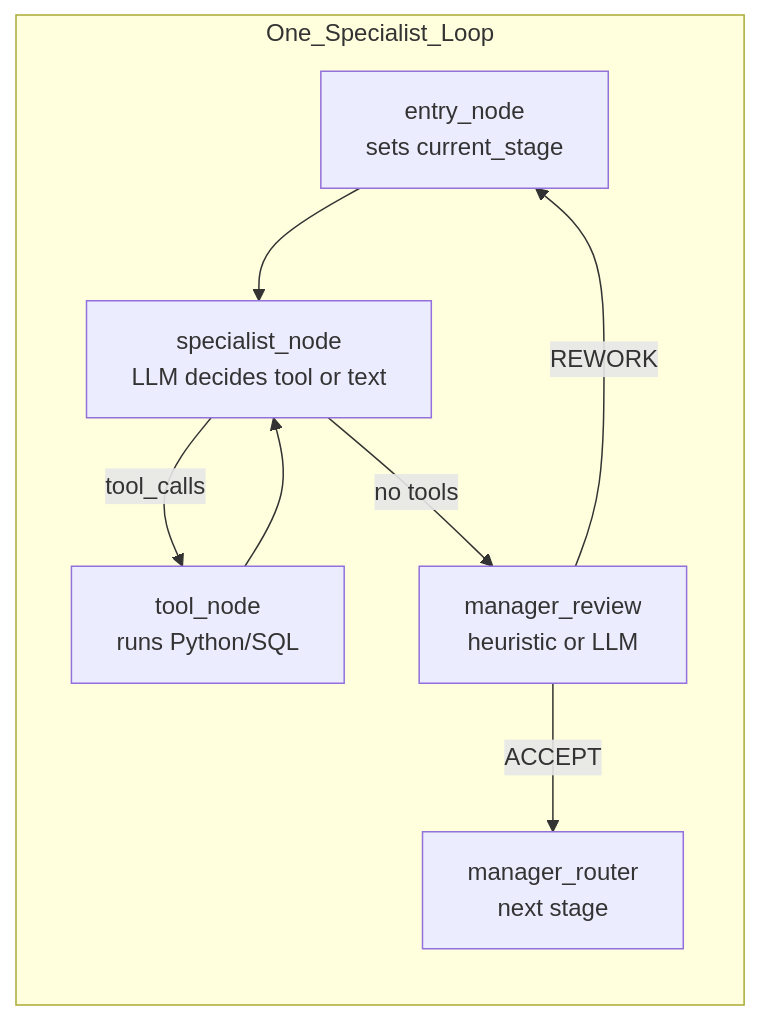
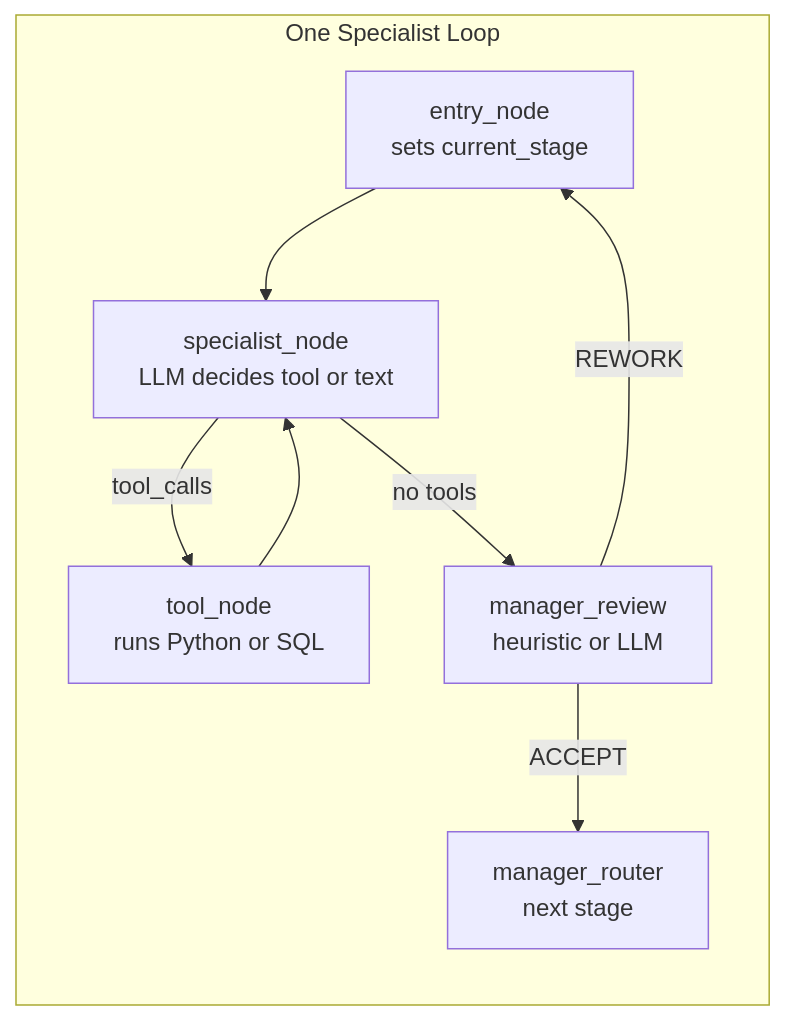
Before and after one commit to Patchino76/ok_dashboard: the second of 2 diagrams in python/agentic/docs/py_md/04_langgraph_deep_dive.md, drawn with Mermaid. The commit also changed other lines of this file and 15 other files, not shown here.

Commit message:
fixed py_md graphs and docs

````diff
--- a/python/agentic/docs/py_md/04_langgraph_deep_dive.md
+++ b/python/agentic/docs/py_md/04_langgraph_deep_dive.md
@@ -477,12 +484,11 @@
 ```mermaid
 flowchart LR
-    subgraph One_Specialist_Loop
-        direction TB
-        A[entry_node<br/>sets current_stage] --> B[specialist_node<br/>LLM decides tool or text]
-        B -->|tool_calls| C[tool_node<br/>runs Python/SQL]
+    subgraph One_Specialist_Loop["One Specialist Loop"]
+        A["entry_node<br/>sets current_stage"] --> B["specialist_node<br/>LLM decides tool or text"]
+        B -->|tool_calls| C["tool_node<br/>runs Python or SQL"]
         C --> B
-        B -->|no tools| D[manager_review<br/>heuristic or LLM]
-        D -->|ACCEPT| E[manager_router<br/>next stage]
+        B -->|no tools| D["manager_review<br/>heuristic or LLM"]
+        D -->|ACCEPT| E["manager_router<br/>next stage"]
         D -->|REWORK| A
     end
 ```
````
